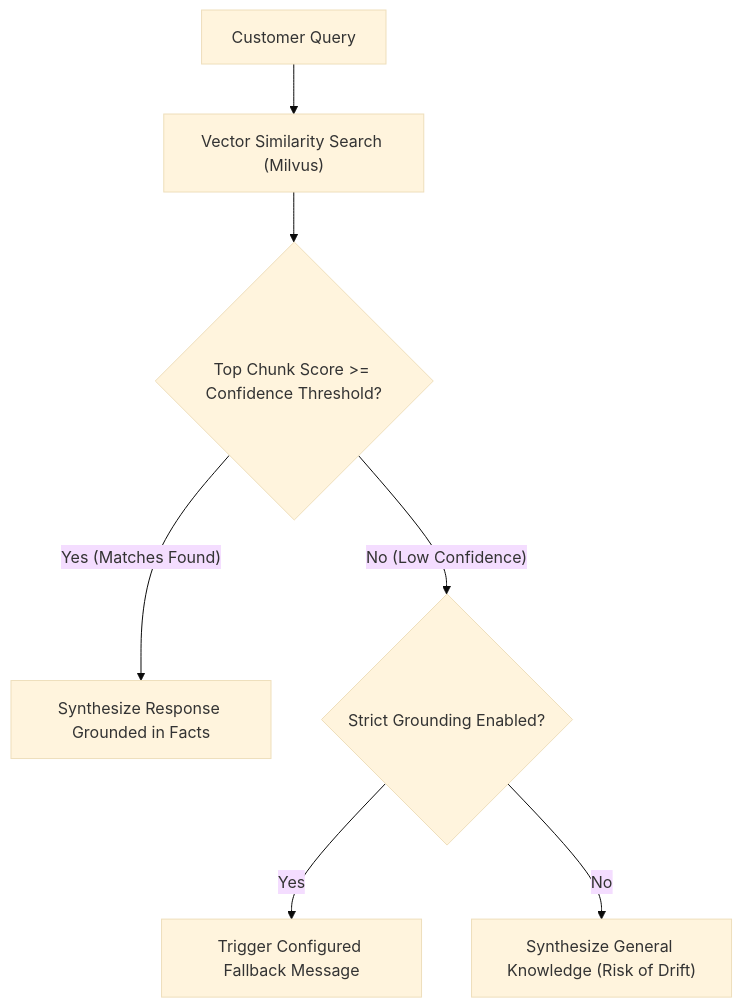
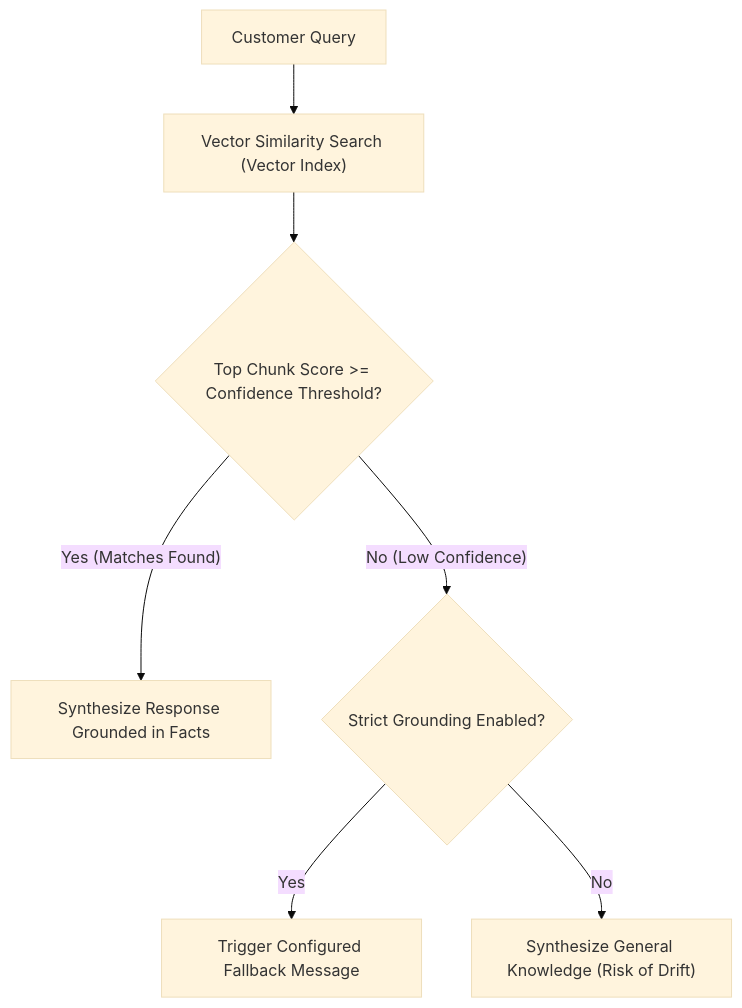
Before and after one commit to Cerebronix-AI/cerebronix-docs: the diagram in apps/docs/content/docs/troubleshooting/agent-and-responses.mdx, drawn with Mermaid (base theme). The commit also changed 32 other files, not shown here.

Commit message:
feat(docs): enforce black-box architecture and information disclosure safeguards

````diff
--- a/apps/docs/content/docs/troubleshooting/agent-and-responses.mdx
+++ b/apps/docs/content/docs/troubleshooting/agent-and-responses.mdx
@@ -27,9 +27,9 @@
 ```mermaid
 flowchart TD
-    UserQuery["Customer Query"] --> VectorSearch["Vector Similarity Search (Milvus)"]
+    UserQuery["Customer Query"] --> VectorSearch["Vector Similarity Search (Vector Index)"]
     VectorSearch --> CheckScore{"Top Chunk Score >= Confidence Threshold?"}
     CheckScore -- "Yes (Matches Found)" --> LLMContext["Synthesize Response Grounded in Facts"]
     CheckScore -- "No (Low Confidence)" --> StrictCheck{"Strict Grounding Enabled?"}
     StrictCheck -- "Yes" --> FallbackPrompt["Trigger Configured Fallback Message"]
     StrictCheck -- "No" --> GenericLLM["Synthesize General Knowledge (Risk of Drift)"]
 ```
````
